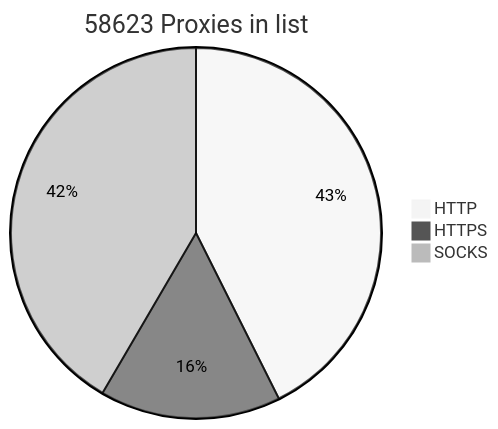
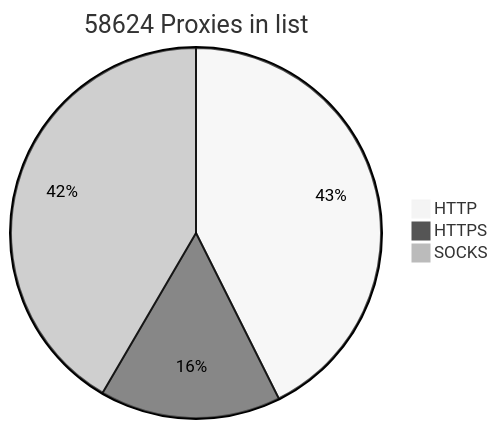
The diagram in README.md (BlackSnowDot/proxylist-update-every-minute), drawn with Mermaid (neutral theme) before and after one commit.

````diff
--- a/README.md
+++ b/README.md
@@ -2,6 +2,6 @@
 ```mermaid
-pie title 58623 Proxies in list
-    "HTTP" : 28541
-    "HTTPS": 10580
+pie title 58624 Proxies in list
+    "HTTP" : 28543
+    "HTTPS": 10581
     "SOCKS" : 27850
 ```
````
